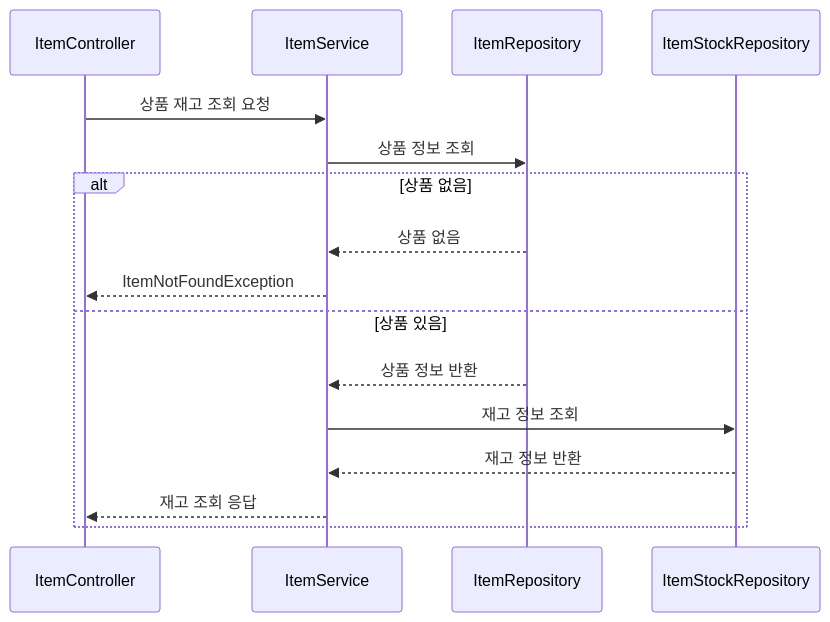
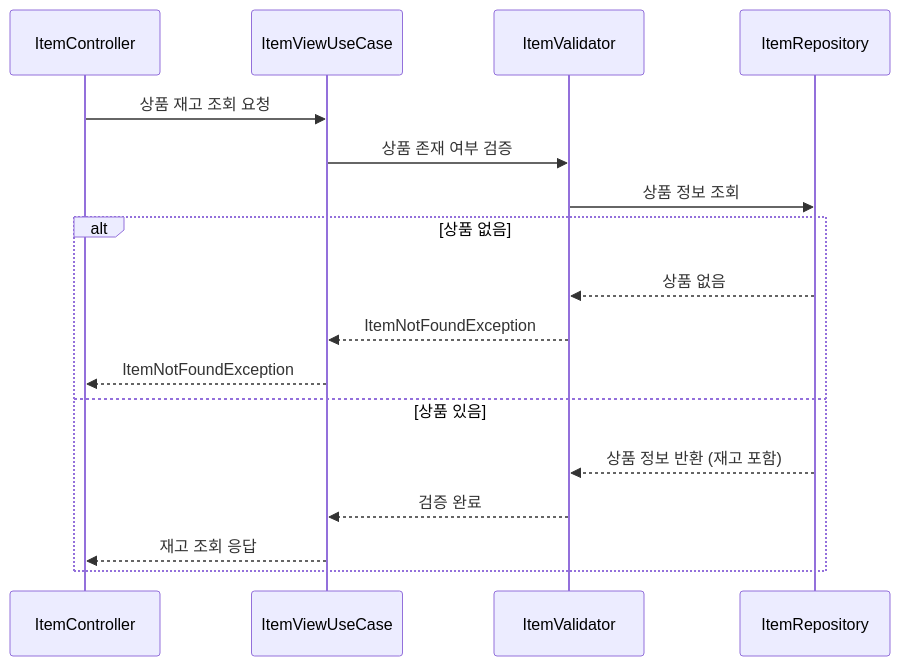
The fourth of 9 diagrams in README.md (hwangdaesun/e-commerce), drawn with Mermaid before and after one commit. The commit also changed other lines of this file, not shown here.

Commit message:
docs : 주문하기 시퀀스 다이어그램 수정

````diff
--- a/README.md
+++ b/README.md
@@ -72,19 +78,20 @@
 ```mermaid
- sequenceDiagram
+sequenceDiagram
       participant Controller as ItemController
-      participant Service as ItemService
-      participant ItemRepo as ItemRepository
-      participant StockRepo as ItemStockRepository
+      participant UseCase as ItemViewUseCase
+      participant Validator as ItemValidator
+      participant Repository as ItemRepository
 
-      Controller->>Service: 상품 재고 조회 요청
-      Service->>ItemRepo: 상품 정보 조회
+      Controller->>UseCase: 상품 재고 조회 요청
+      UseCase->>Validator: 상품 존재 여부 검증
+      Validator->>Repository: 상품 정보 조회
       alt 상품 없음
-          ItemRepo-->>Service: 상품 없음
-          Service-->>Controller: ItemNotFoundException
+          Repository-->>Validator: 상품 없음
+          Validator-->>UseCase: ItemNotFoundException
+          UseCase-->>Controller: ItemNotFoundException
       else 상품 있음
-          ItemRepo-->>Service: 상품 정보 반환
-          Service->>StockRepo: 재고 정보 조회
-          StockRepo-->>Service: 재고 정보 반환
-          Service-->>Controller: 재고 조회 응답
+          Repository-->>Validator: 상품 정보 반환 (재고 포함)
+          Validator-->>UseCase: 검증 완료
+          UseCase-->>Controller: 재고 조회 응답
       end
 ```
````
